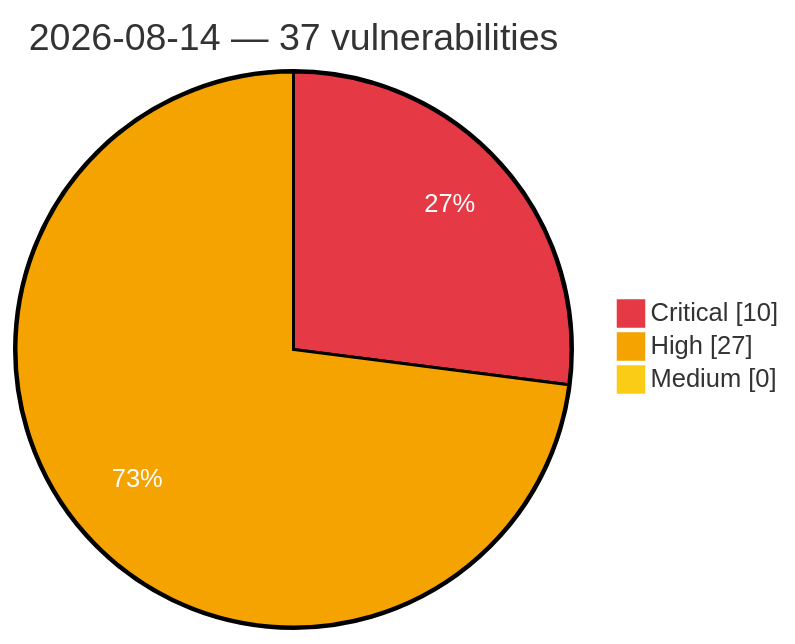
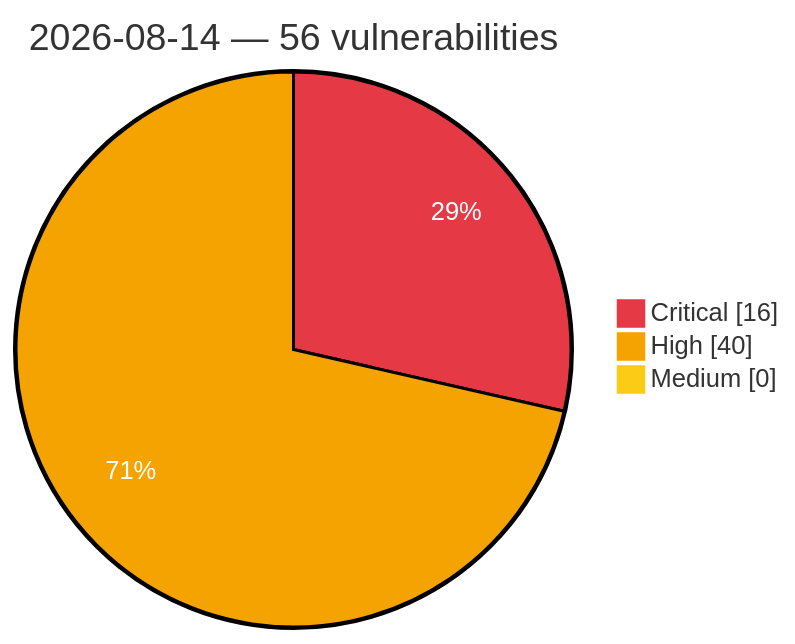
The diagram in vulnerabilities/2026/August/2026-08-14.md (GhostX0X/vuln-tracker), drawn with Mermaid before and after one commit. The commit also changed other lines of this file and 5 other files, not shown here.

Commit message:
Auto update: critical/high vulns (2026-08-14 18:50 UTC)

````diff
--- a/vulnerabilities/2026/August/2026-08-14.md
+++ b/vulnerabilities/2026/August/2026-08-14.md
@@ -3,8 +3,8 @@
 ```mermaid
 %%{init: {'theme':'base', 'themeVariables': {'pie1':'#e63946', 'pie2':'#f4a300', 'pie3':'#facc15', 'pieOpacity':'1', 'pieOuterStrokeWidth':'2px', 'pieSectionTextColor':'#ffffff'}}}%%
 pie showData
-    title 2026-08-14 — 37 vulnerabilities
-    "Critical" : 10
-    "High" : 27
+    title 2026-08-14 — 56 vulnerabilities
+    "Critical" : 16
+    "High" : 40
     "Medium" : 0
 ```
````
